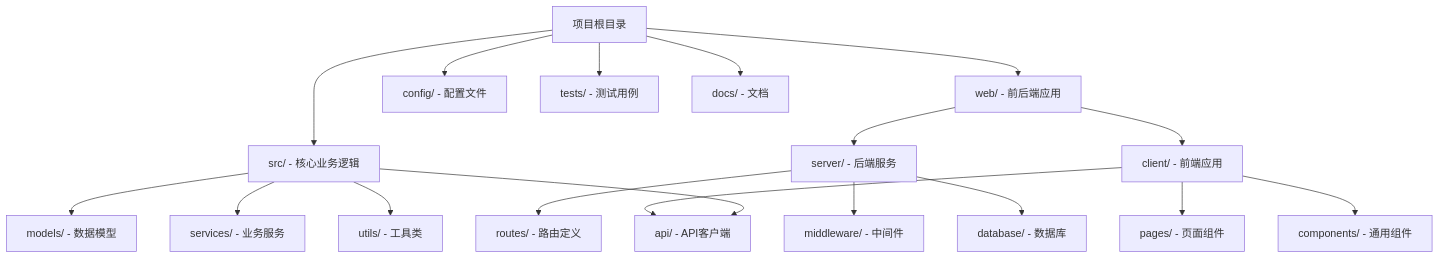
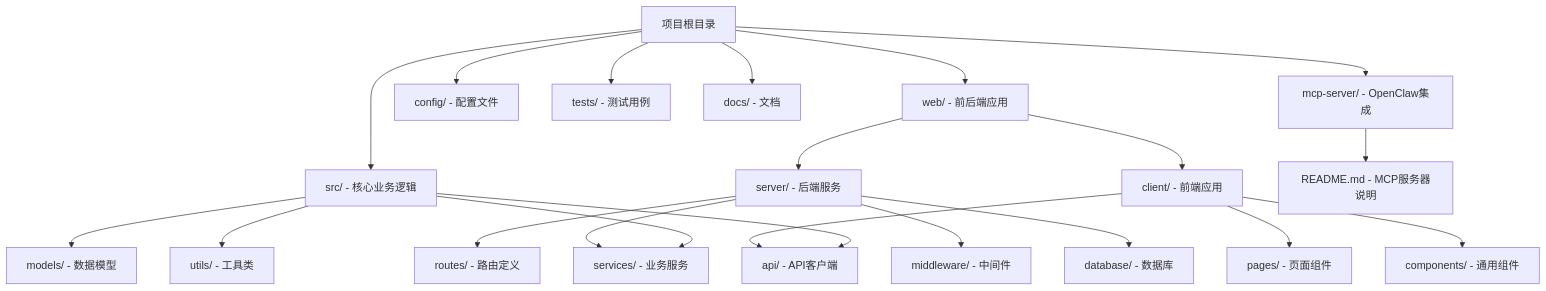
The second of 16 diagrams in .qoder/repowiki/zh/content/核心模块详解/发布服务模块/AI发布服务.md (songdiyang/clawOperations), drawn with Mermaid before and after one commit. The commit also changed other lines of this file and 10 other files, not shown here.

````diff
--- a/.qoder/repowiki/zh/content/核心模块详解/发布服务模块/AI发布服务.md
+++ b/.qoder/repowiki/zh/content/核心模块详解/发布服务模块/AI发布服务.md
@@ -94,20 +143,23 @@
 ```mermaid
 graph TD
 Root[项目根目录] --> Src[src/ - 核心业务逻辑]
 Root --> Web[web/ - 前后端应用]
 Root --> Config[config/ - 配置文件]
 Root --> Tests[tests/ - 测试用例]
 Root --> Docs[docs/ - 文档]
+Root --> MCP[mcp-server/ - OpenClaw集成]
 Src --> Api[api/ - API客户端]
 Src --> Models[models/ - 数据模型]
 Src --> Services[services/ - 业务服务]
 Src --> Utils[utils/ - 工具类]
 Web --> Server[server/ - 后端服务]
 Web --> Client[client/ - 前端应用]
 Server --> Routes[routes/ - 路由定义]
 Server --> Middleware[middleware/ - 中间件]
 Server --> Database[database/ - 数据库]
+Server --> Services[services/ - 业务服务]
 Client --> Pages[pages/ - 页面组件]
 Client --> Components[components/ - 通用组件]
 Client --> Api[api/ - API客户端]
+MCP --> MCP_README[README.md - MCP服务器说明]
 ```
````
